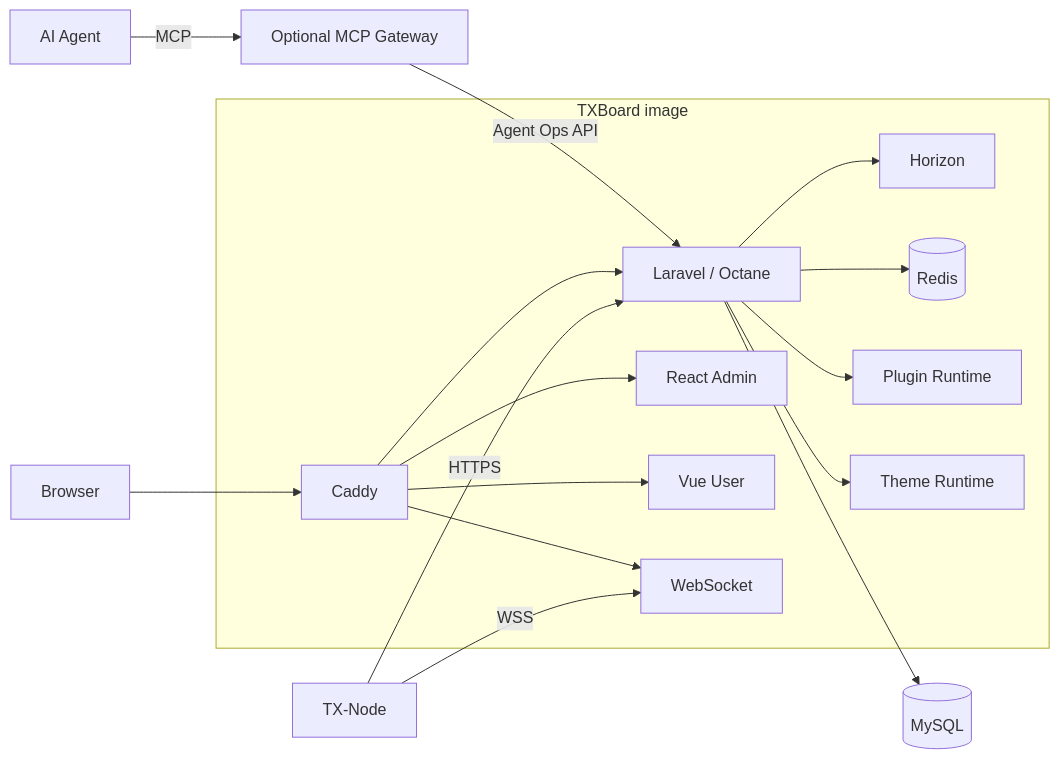
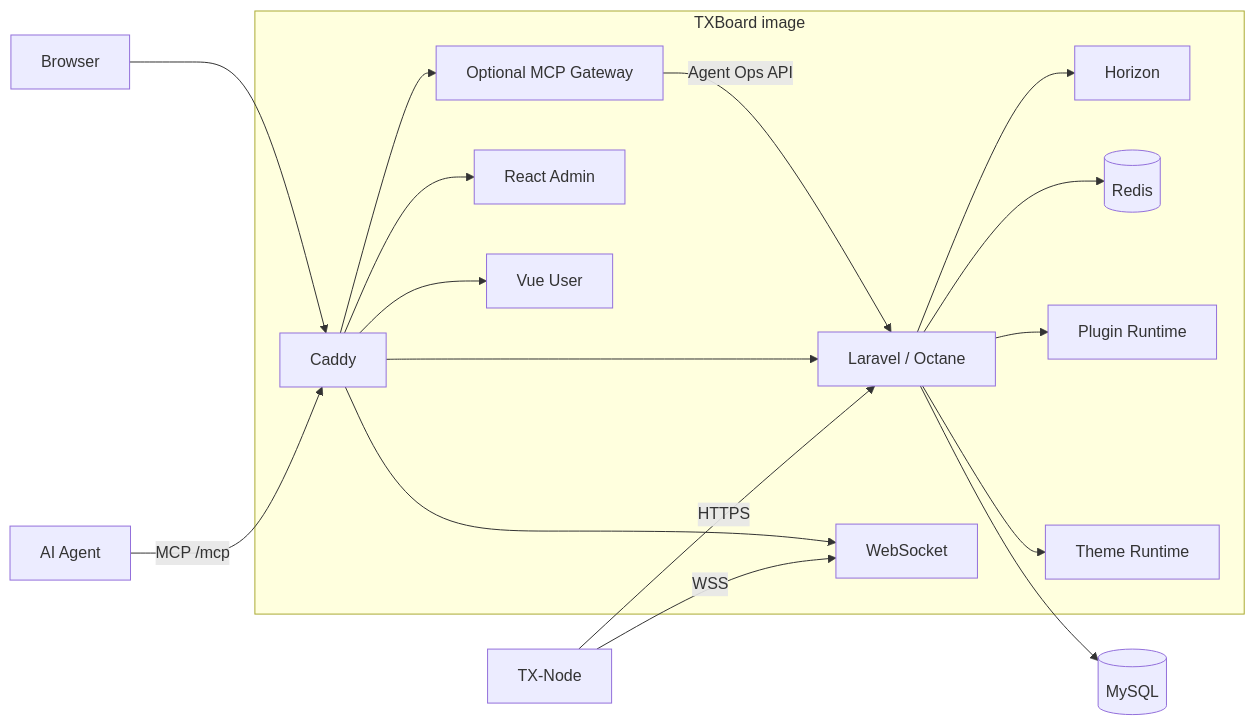
Before and after one commit to ANRCM0/TXBoard: the diagram in docs/architecture/README.md, drawn with Mermaid. The commit also changed other lines of this file and 12 other files, not shown here.

Commit message:
feat(runtime): embed optional MCP gateway

````diff
--- a/docs/architecture/README.md
+++ b/docs/architecture/README.md
@@ -17,21 +17,22 @@
 ```mermaid
 flowchart LR
     Browser --> Caddy
-    AIAgent["AI Agent"] -->|MCP| MCP["Optional MCP Gateway"]
-    MCP -->|Agent Ops API| API
+    AIAgent["AI Agent"] -->|MCP /mcp| Caddy
 
     subgraph Image["TXBoard image"]
+        Caddy --> MCP["Optional MCP Gateway"]
+        MCP -->|Agent Ops API| API
         Caddy --> Admin[React Admin]
         Caddy --> User[Vue User]
         Caddy --> API[Laravel / Octane]
         Caddy --> WS[WebSocket]
         API --> Horizon
         API --> Redis[(Redis)]
         API --> Plugin[Plugin Runtime]
         API --> Theme[Theme Runtime]
     end
 
     API --> DB[(MySQL)]
     Node[TX-Node] -->|HTTPS| API
     Node -->|WSS| WS
 ```
````
